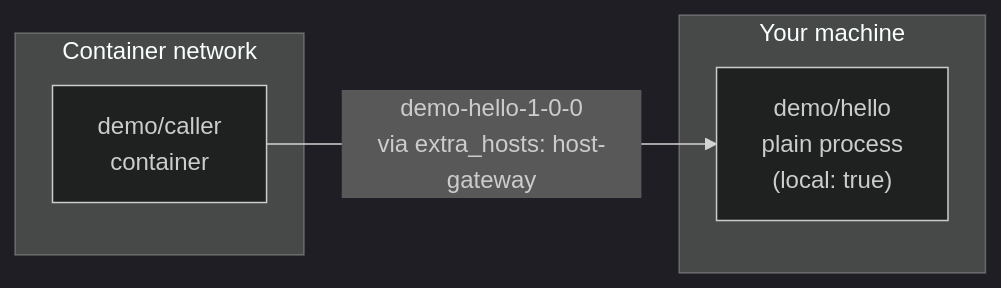
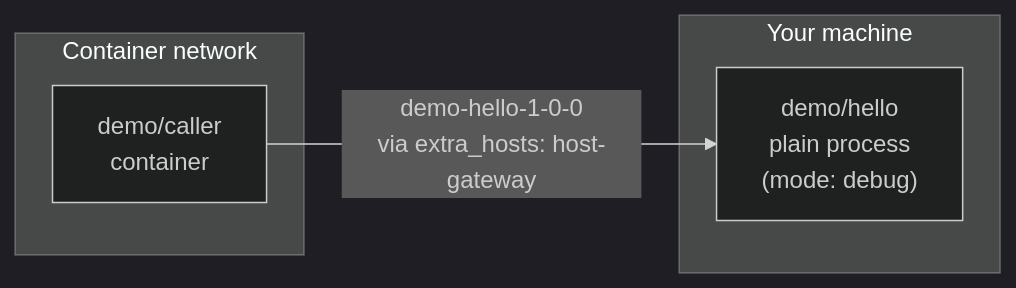
The diagram in docs/en/03-guide/03-local-debugging.md (brickKit/brickKit), drawn with Mermaid (dark theme) before and after one commit. The commit also changed other lines of this file and 47 other files, not shown here.

First line of the commit message:
重构：internal/cli 及其余消费方迁移到 Mode，Go 侧的 enabled/local 清理收尾

````diff
--- a/docs/en/03-guide/03-local-debugging.md
+++ b/docs/en/03-guide/03-local-debugging.md
@@ -39,10 +41,10 @@
 ```mermaid
 graph LR
     subgraph "Container network"
         Caller["demo/caller<br/>container"]
     end
     subgraph "Your machine"
-        Hello["demo/hello<br/>plain process<br/>(local: true)"]
+        Hello["demo/hello<br/>plain process<br/>(mode: debug)"]
     end
     Caller -->|"demo-hello-1-0-0<br/>via extra_hosts: host-gateway"| Hello
 ```
````
